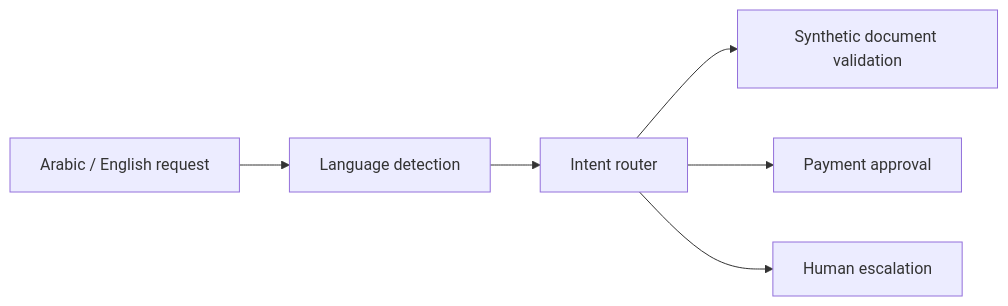
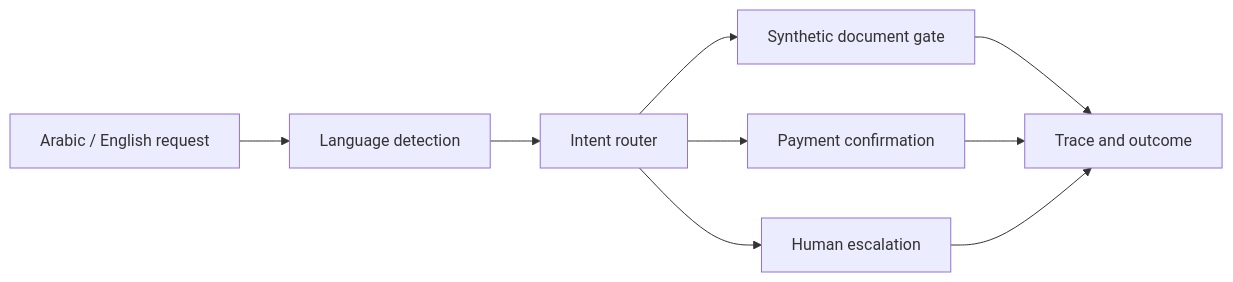
One commit to AbuElNour/multilingual-agentic-contact-center changed the diagram in README.md. Above: the diagram before and after it, drawn with Mermaid. The commit also changed other lines of this file and 3 other files, not shown here.

````diff
--- a/README.md
+++ b/README.md
@@ -5,8 +12,11 @@
 ```mermaid
 flowchart LR
   U["Arabic / English request"] --> L["Language detection"]
   L --> I["Intent router"]
-  I --> D["Synthetic document validation"]
-  I --> P["Payment approval"]
+  I --> D["Synthetic document gate"]
+  I --> P["Payment confirmation"]
   I --> H["Human escalation"]
+  D --> T["Trace and outcome"]
+  P --> T
+  H --> T
 ```
````
